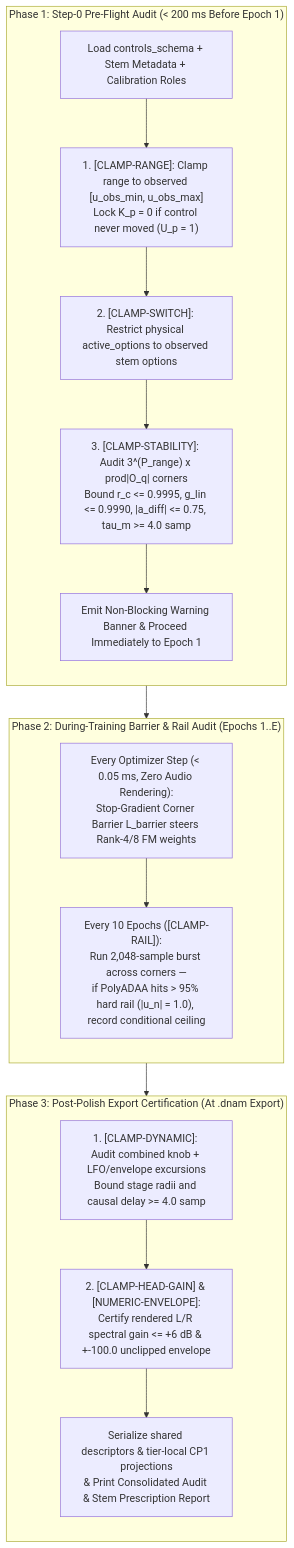
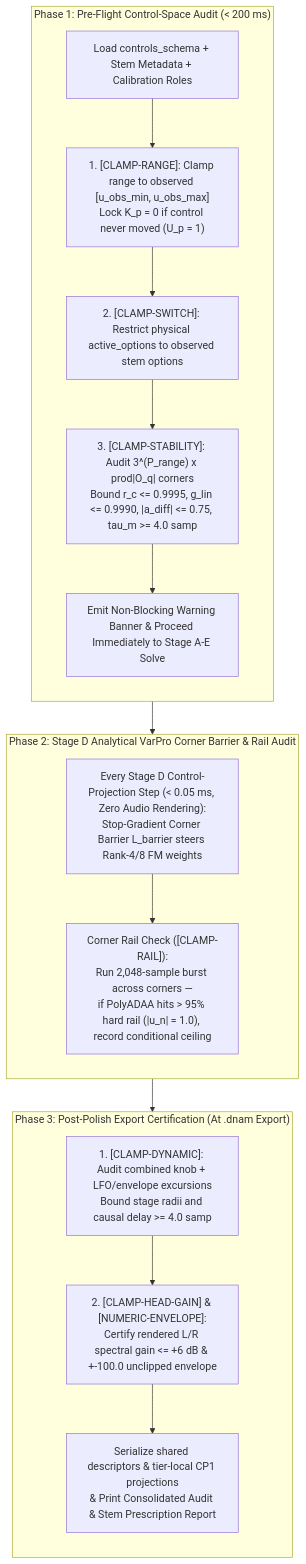
The diagram in docs/specs/training/control_space_audit.md (dnam-project/dnam), drawn with Mermaid before and after one commit. The commit also changed other lines of this file and 232 other files, not shown here.

````diff
--- a/docs/specs/training/control_space_audit.md
+++ b/docs/specs/training/control_space_audit.md
@@ -22,23 +24,23 @@
 ```mermaid
 flowchart TD
-    subgraph P1 ["Phase 1: Step-0 Pre-Flight Audit (< 200 ms Before Epoch 1)"]
+    subgraph P1 ["Phase 1: Pre-Flight Control-Space Audit (< 200 ms)"]
         direction TB
         S0["Load controls_schema + Stem Metadata + Calibration Roles"] --> CRange["1. [CLAMP-RANGE]: Clamp range to observed [u_obs_min, u_obs_max]<br/>Lock K_p = 0 if control never moved (U_p = 1)"]
         CRange --> CSwitch["2. [CLAMP-SWITCH]: Restrict physical active_options to observed stem options"]
         CSwitch --> CStab["3. [CLAMP-STABILITY]: Audit 3^(P_range) x prod|O_q| corners<br/>Bound r_c <= 0.9995, g_lin <= 0.9990, |a_diff| <= 0.75, tau_m >= 4.0 samp"]
-        CStab --> Warn["Emit Non-Blocking Warning Banner & Proceed Immediately to Epoch 1"]
+        CStab --> Warn["Emit Non-Blocking Warning Banner & Proceed Immediately to Stage A-E Solve"]
     end
 
-    subgraph P2 ["Phase 2: During-Training Barrier & Rail Audit (Epochs 1..E)"]
+    subgraph P2 ["Phase 2: Stage D Analytical VarPro Corner Barrier & Rail Audit"]
         direction TB
-        Step["Every Optimizer Step (< 0.05 ms, Zero Audio Rendering):<br/>Stop-Gradient Corner Barrier L_barrier steers Rank-4/8 FM weights"] --> Rail["Every 10 Epochs ([CLAMP-RAIL]):<br/>Run 2,048-sample burst across corners —<br/>if PolyADAA hits > 95% hard rail (|u_n| = 1.0), record conditional ceiling"]
+        Step["Every Stage D Control-Projection Step (< 0.05 ms, Zero Audio Rendering):<br/>Stop-Gradient Corner Barrier L_barrier steers Rank-4/8 FM weights"] --> Rail["Corner Rail Check ([CLAMP-RAIL]):<br/>Run 2,048-sample burst across corners —<br/>if PolyADAA hits > 95% hard rail (|u_n| = 1.0), record conditional ceiling"]
     end
 
     subgraph P3 ["Phase 3: Post-Polish Export Certification (At .dnam Export)"]
         direction TB
         CDyn["1. [CLAMP-DYNAMIC]: Audit combined knob + LFO/envelope excursions<br/>Bound stage radii and causal delay >= 4.0 samp"] --> CHead["2. [CLAMP-HEAD-GAIN] & [NUMERIC-ENVELOPE]:<br/>Certify rendered L/R spectral gain <= +6 dB & +-100.0 unclipped envelope"]
         CHead --> Out["Serialize shared descriptors & tier-local CP1 projections<br/>& Print Consolidated Audit & Stem Prescription Report"]
     end
 
     P1 --> P2 --> P3
 ```
````
